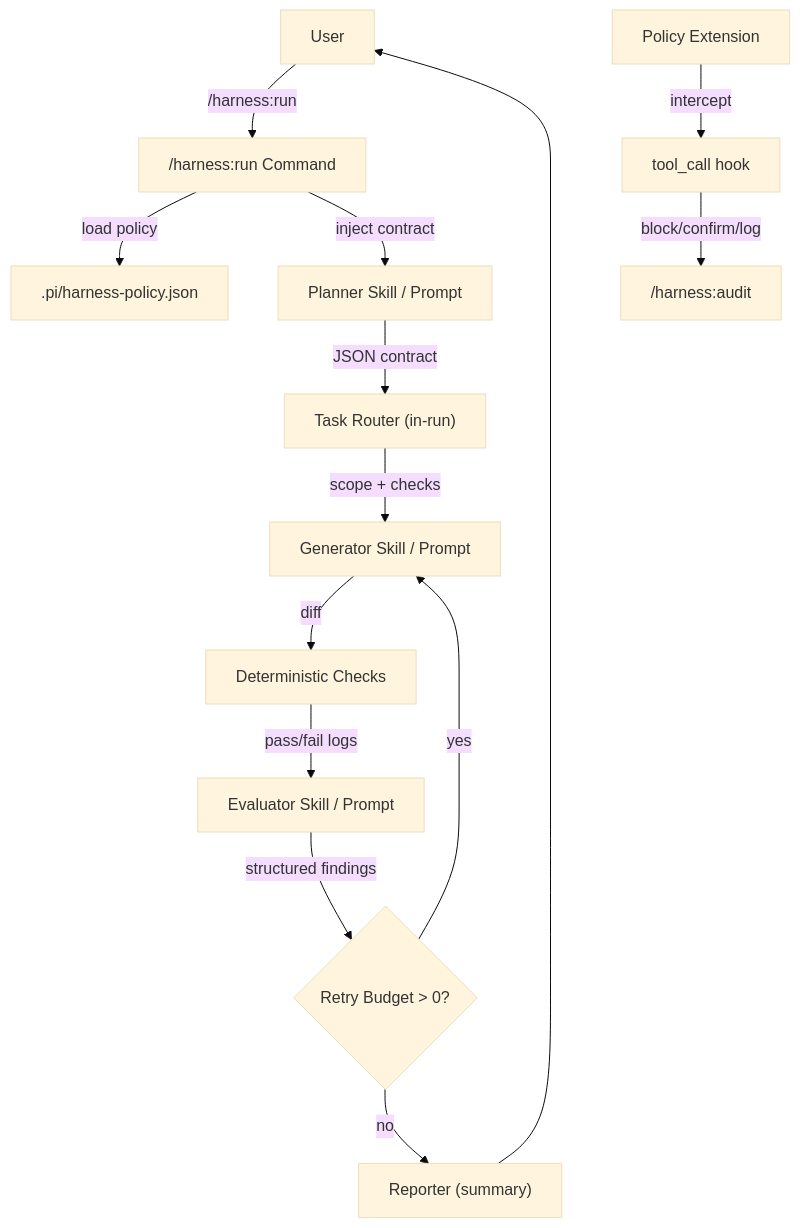
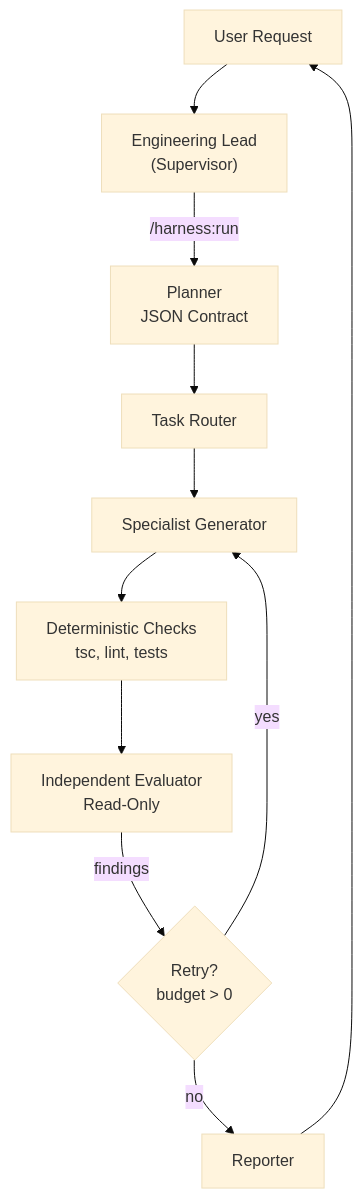
Before and after one commit to walker-di/ai-maker-lab: the diagram in .cursor/plans/ai-harness/ai-herness-POC.md, drawn with Mermaid (base theme). The commit also changed other lines of this file and 5 other files, not shown here.

````diff
--- a/.cursor/plans/ai-harness/ai-herness-POC.md
+++ b/.cursor/plans/ai-harness/ai-herness-POC.md
@@ -67,18 +124,13 @@
 ```mermaid
 flowchart TD
-    User["User"] -->|"/harness:run <request>"| Cmd["/harness:run Command"]
-    Cmd -->|load policy| Policy[".pi/harness-policy.json"]
-    Cmd -->|inject contract| Planner["Planner Skill / Prompt"]
-    Planner -->|JSON contract| Router["Task Router (in-run)"]
-    Router -->|scope + checks| Generator["Generator Skill / Prompt"]
-    Generator -->|diff| Det["Deterministic Checks"]
-    Det -->|pass/fail logs| Eval["Evaluator Skill / Prompt"]
-    Eval -->|structured findings| Retry{"Retry Budget > 0?"}
-    Retry -->|yes| Generator
-    Retry -->|no| Report["Reporter (summary)"]
+    User["User Request"] --> Lead["Engineering Lead<br/>(Supervisor)"]
+    Lead -->|"/harness:run"| Planner["Planner<br/>JSON Contract"]
+    Planner --> Router["Task Router"]
+    Router --> Gen["Specialist Generator"]
+    Gen --> Checks["Deterministic Checks<br/>tsc, lint, tests"]
+    Checks --> Eval["Independent Evaluator<br/>Read-Only"]
+    Eval -->|findings| Retry{"Retry?<br/>budget > 0"}
+    Retry -->|yes| Gen
+    Retry -->|no| Report["Reporter"]
     Report --> User
-
-    Ext["Policy Extension"]
-    Ext -->|intercept| Tool["tool_call hook"]
-    Tool -->|block/confirm/log| Audit["/harness:audit"]
 ```
````
